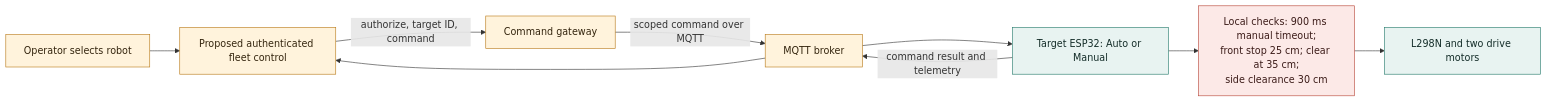
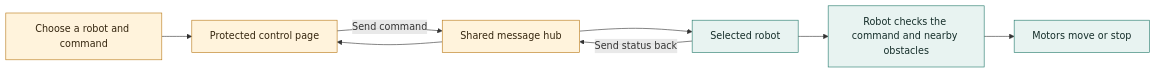
The fourth of 7 diagrams in docs/project-proposal.md (amish0/swarm_boat), drawn with Mermaid before and after one commit. The commit also changed other lines of this file, not shown here.

Commit message:
added production type architecture

````diff
--- a/docs/project-proposal.md
+++ b/docs/project-proposal.md
@@ -111,18 +111,16 @@
 ```mermaid
 flowchart LR
-  Operator[Operator selects robot] --> Dashboard[Proposed authenticated fleet control]
-  Dashboard -->|authorize, target ID, command| Gateway[Command gateway]
-  Gateway -->|scoped command over MQTT| Broker[MQTT broker]
-  Broker --> Robot[Target ESP32: Auto or Manual]
-  Robot --> Safety[Local checks: 900 ms manual timeout;<br/>front stop 25 cm; clear at 35 cm;<br/>side clearance 30 cm]
-  Safety --> Motors[L298N and two drive motors]
-  Robot -->|command result and telemetry| Broker
-  Broker --> Dashboard
+  Operator[Choose a robot and command] --> Page[Protected control page]
+  Page -->|Send command| Hub[Shared message hub]
+  Hub --> Robot[Selected robot]
+  Robot --> Safety[Robot checks the command and nearby obstacles]
+  Safety --> Motors[Motors move or stop]
+  Robot -->|Send status back| Hub
+  Hub --> Page
 
   classDef existing fill:#e8f3f1,stroke:#23796b,color:#142d29
   classDef planned fill:#fff3dc,stroke:#b87816,color:#34250e
-  classDef safety fill:#fce9e7,stroke:#b74437,color:#3b1b18
   class Robot,Motors existing
-  class Operator,Dashboard,Gateway,Broker planned
-  class Safety safety
+  class Operator,Page,Hub planned
+  class Safety existing
 ```
````
